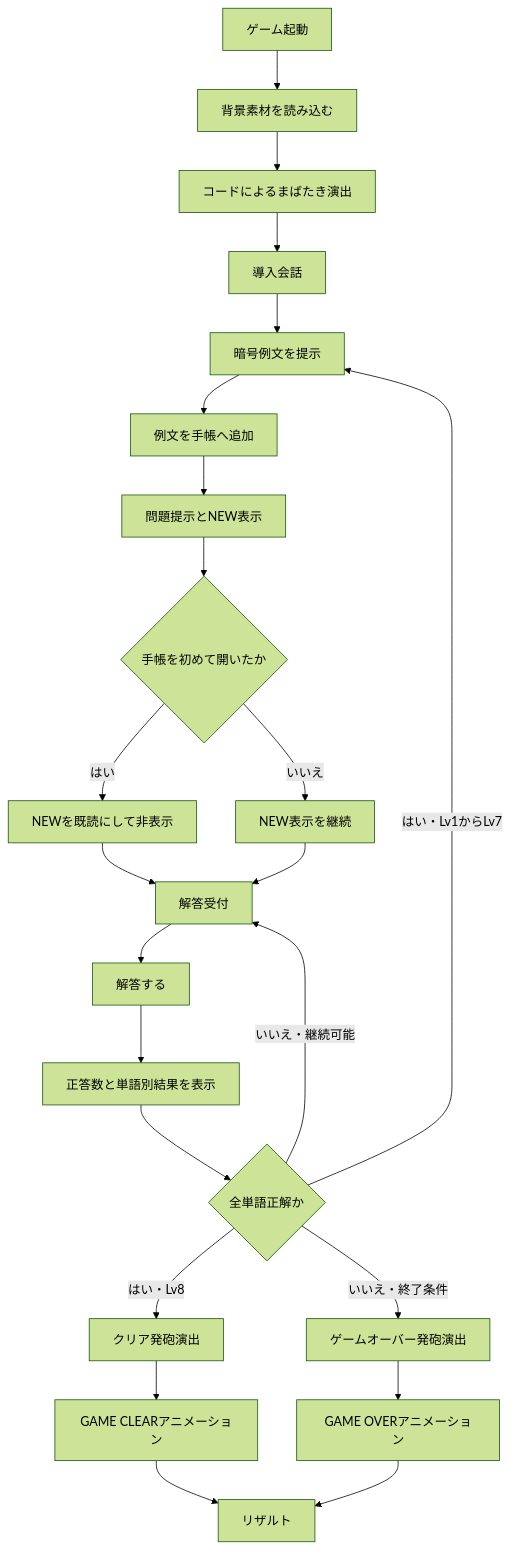
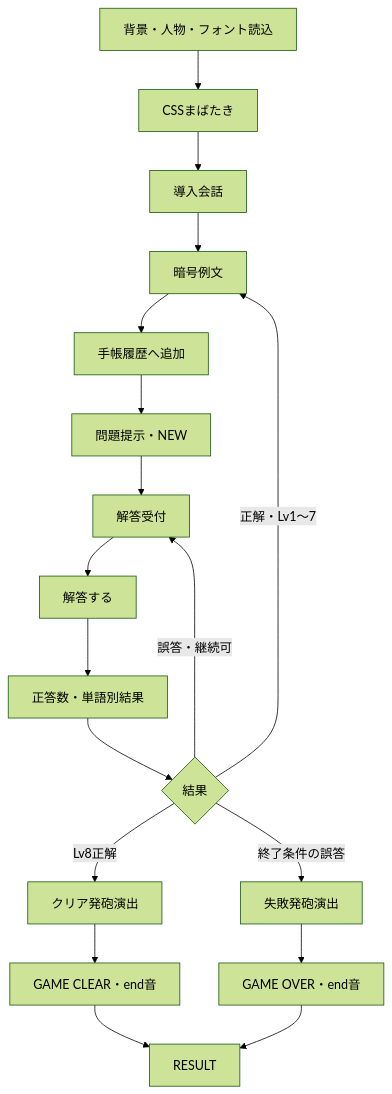
One commit to lycanthr0pes/language-deciphering-game changed the diagram in docs/test-version-change-spec.md. Above: the diagram before and after it, drawn with Mermaid (forest theme). The commit also changed other lines of this file and 12 other files, not shown here.

````diff
--- a/docs/test-version-change-spec.md
+++ b/docs/test-version-change-spec.md
@@ -33,25 +34,20 @@
 ```mermaid
 flowchart TD
-    A[ゲーム起動] --> B[背景素材を読み込む]
-    B --> C[コードによるまばたき演出]
-    C --> D[導入会話]
-    D --> E[暗号例文を提示]
-    E --> F[例文を手帳へ追加]
-    F --> G[問題提示とNEW表示]
-    G --> H{手帳を初めて開いたか}
-    H -->|はい| I[NEWを既読にして非表示]
-    H -->|いいえ| J[NEW表示を継続]
-    I --> K[解答受付]
-    J --> K
-    K --> L[解答する]
-    L --> M[正答数と単語別結果を表示]
-    M --> N{全単語正解か}
-    N -->|はい・Lv1からLv7| E
-    N -->|はい・Lv8| O[クリア発砲演出]
-    N -->|いいえ・継続可能| K
-    N -->|いいえ・終了条件| P[ゲームオーバー発砲演出]
-    O --> Q[GAME CLEARアニメーション]
-    P --> R[GAME OVERアニメーション]
-    Q --> S[リザルト]
-    R --> S
+    A[背景・人物・フォント読込] --> B[CSSまばたき]
+    B --> C[導入会話]
+    C --> D[暗号例文]
+    D --> E[手帳履歴へ追加]
+    E --> F[問題提示・NEW]
+    F --> G[解答受付]
+    G --> H[解答する]
+    H --> I[正答数・単語別結果]
+    I --> J{結果}
+    J -->|正解・Lv1〜7| D
+    J -->|誤答・継続可| G
+    J -->|Lv8正解| K[クリア発砲演出]
+    J -->|終了条件の誤答| L[失敗発砲演出]
+    K --> M[GAME CLEAR・end音]
+    L --> N[GAME OVER・end音]
+    M --> O[RESULT]
+    N --> O
 ```
````
